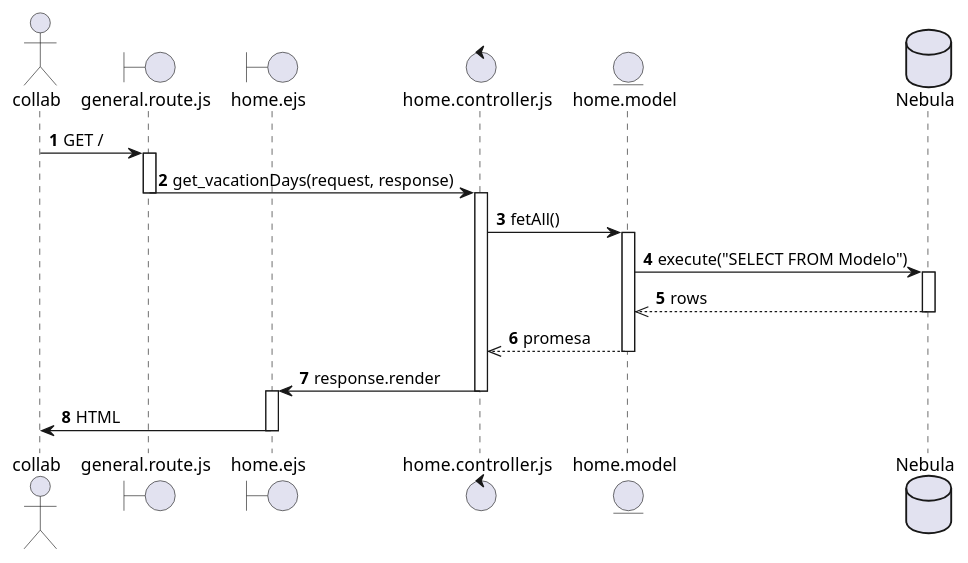
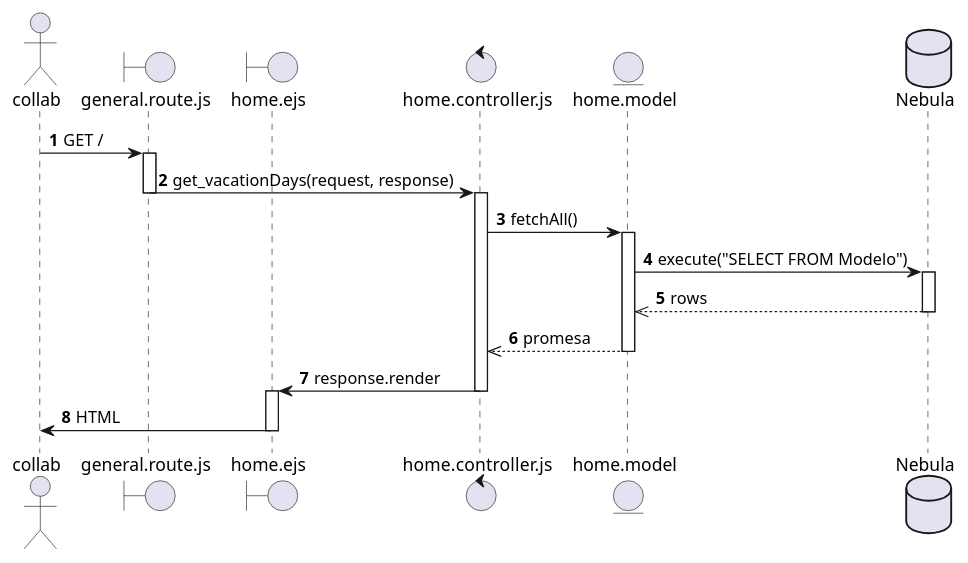
One commit to SALV19/Nebula_tc2005b changed the diagram in diagramas_secuencia/collab_consults_vacationDays.puml. Above: the diagram before and after it, drawn with PlantUML.

Commit message:
[UPDATE] REQ-19 Sequence Diagram

```diff
--- a/diagramas_secuencia/collab_consults_vacationDays.puml
+++ b/diagramas_secuencia/collab_consults_vacationDays.puml
@@ -1,36 +1,36 @@
 @startuml REQ-29
 autonumber
 actor collab
 boundary general.route.js as homeRoute
 boundary home.ejs as homeView
 control home.controller.js as homeController
 entity home.model as homeModel
 database Nebula as nebula
 
 collab -> homeRoute : GET /
 activate homeRoute
 
 homeRoute -> homeController: get_vacationDays(request, response)
 deactivate homeRoute
 activate homeController
 
-homeController -> homeModel: fetAll()
+homeController -> homeModel: fetchAll()
 activate homeModel
 
 homeModel -> nebula: execute("SELECT FROM Modelo")
 activate nebula
 
 nebula -->> homeModel: rows
 deactivate nebula
 
 homeModel -->> homeController: promesa
 deactivate homeModel
 
 homeController -> homeView: response.render
 deactivate homeController
 activate homeView
 
 homeView -> collab: HTML
 deactivate homeView
 
 @enduml
```
